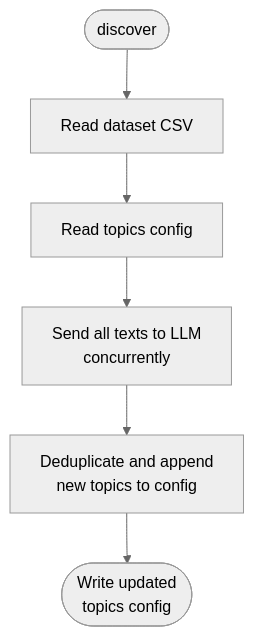
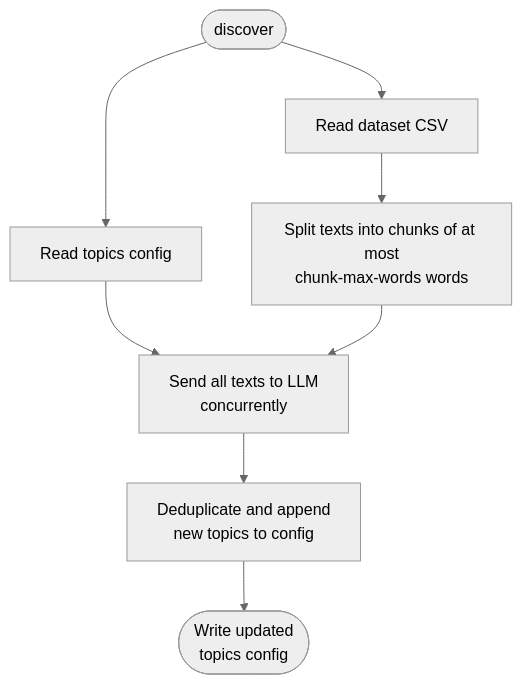
One commit to JBAujogue/cahier_doleances changed the second of 5 diagrams in topic-builder/README.md. Above: the diagram before and after it, drawn with Mermaid (neutral theme). The commit also changed other lines of this file, not shown here.

````diff
--- a/topic-builder/README.md
+++ b/topic-builder/README.md
@@ -99,8 +96,10 @@
 ```mermaid
 flowchart TD
     A([discover]) --> B[Read dataset CSV]
-    B --> C[Read topics config]
-    C --> D[Send all texts to LLM\nconcurrently]
-    D --> E[Deduplicate and append\nnew topics to config]
-    E --> F([Write updated\ntopics config])
+    A --> C[Read topics config]
+    B --> D[Split texts into chunks of at most\nchunk-max-words words]
+    C --> E[Send all texts to LLM\nconcurrently]
+    D --> E
+    E --> F[Deduplicate and append\nnew topics to config]
+    F --> G([Write updated\ntopics config])
 ```
````
